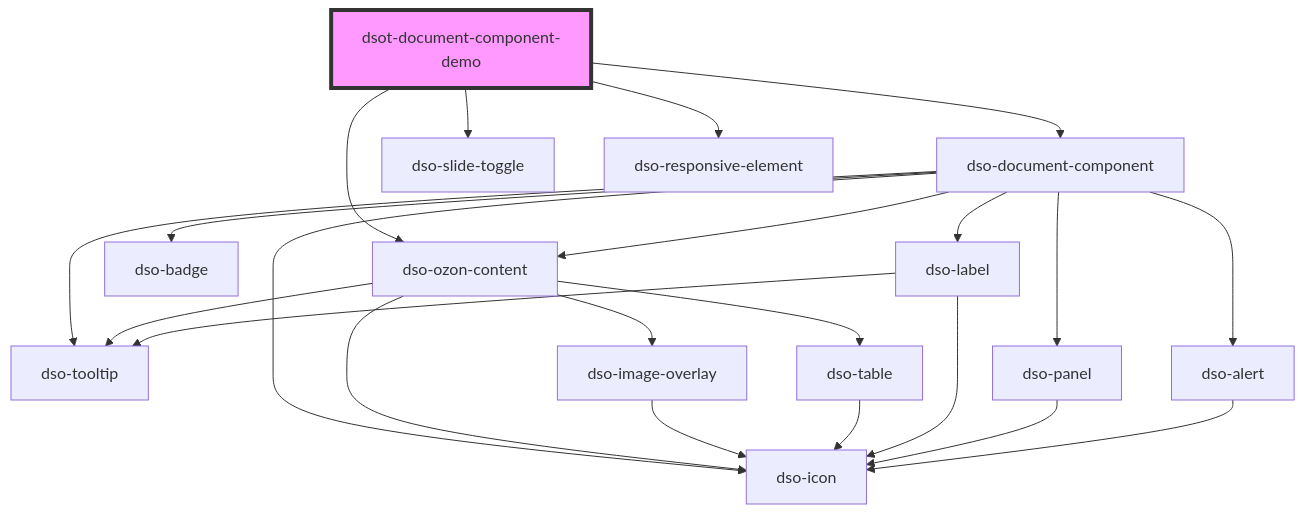
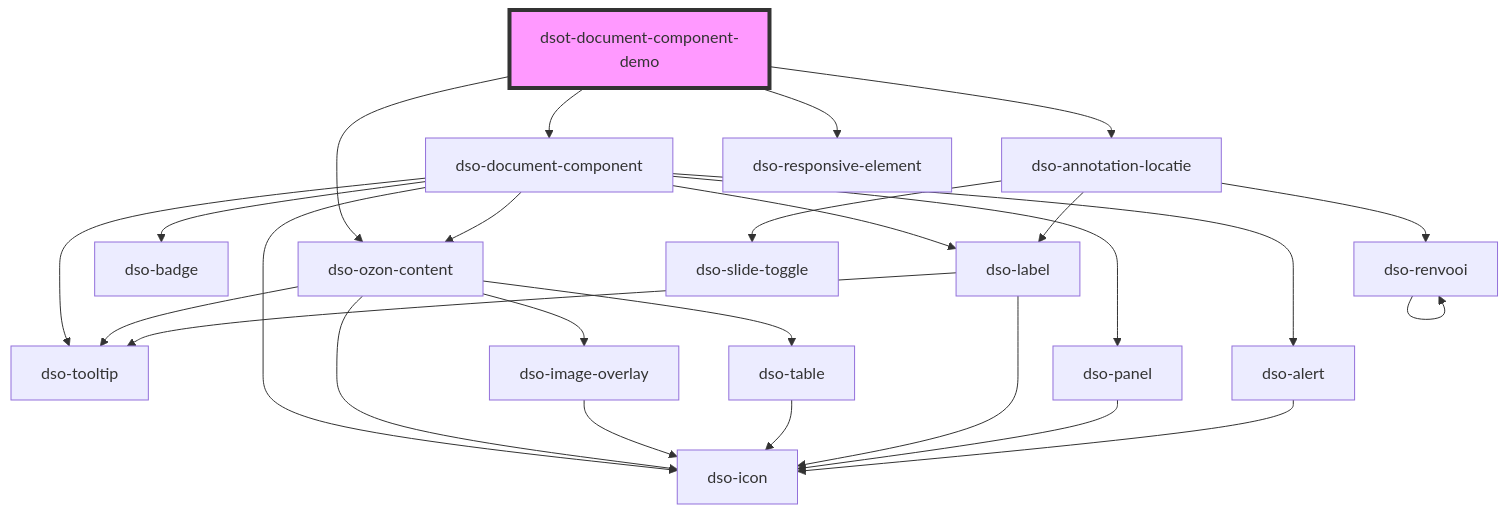
Before and after one commit to dso-toolkit/dso-toolkit: the diagram in packages/core/src/components/document-component-demo/readme.md, drawn with Mermaid. The commit also changed other lines of this file and 6 other files, not shown here.

Commit message:
#2765 representatieve content met dso-annotation-locatie

````diff
--- a/packages/core/src/components/document-component-demo/readme.md
+++ b/packages/core/src/components/document-component-demo/readme.md
@@ -34,25 +34,29 @@
 ```mermaid
 graph TD;
   dsot-document-component-demo --> dso-document-component
-  dsot-document-component-demo --> dso-slide-toggle
+  dsot-document-component-demo --> dso-annotation-locatie
   dsot-document-component-demo --> dso-ozon-content
   dsot-document-component-demo --> dso-responsive-element
   dso-document-component --> dso-icon
   dso-document-component --> dso-ozon-content
   dso-document-component --> dso-badge
   dso-document-component --> dso-tooltip
   dso-document-component --> dso-label
   dso-document-component --> dso-panel
   dso-document-component --> dso-alert
   dso-ozon-content --> dso-icon
   dso-ozon-content --> dso-image-overlay
   dso-ozon-content --> dso-tooltip
   dso-ozon-content --> dso-table
   dso-image-overlay --> dso-icon
   dso-table --> dso-icon
   dso-label --> dso-icon
   dso-label --> dso-tooltip
   dso-panel --> dso-icon
   dso-alert --> dso-icon
+  dso-annotation-locatie --> dso-renvooi
+  dso-annotation-locatie --> dso-slide-toggle
+  dso-annotation-locatie --> dso-label
+  dso-renvooi --> dso-renvooi
   style dsot-document-component-demo fill:#f9f,stroke:#333,stroke-width:4px
 ```
````
